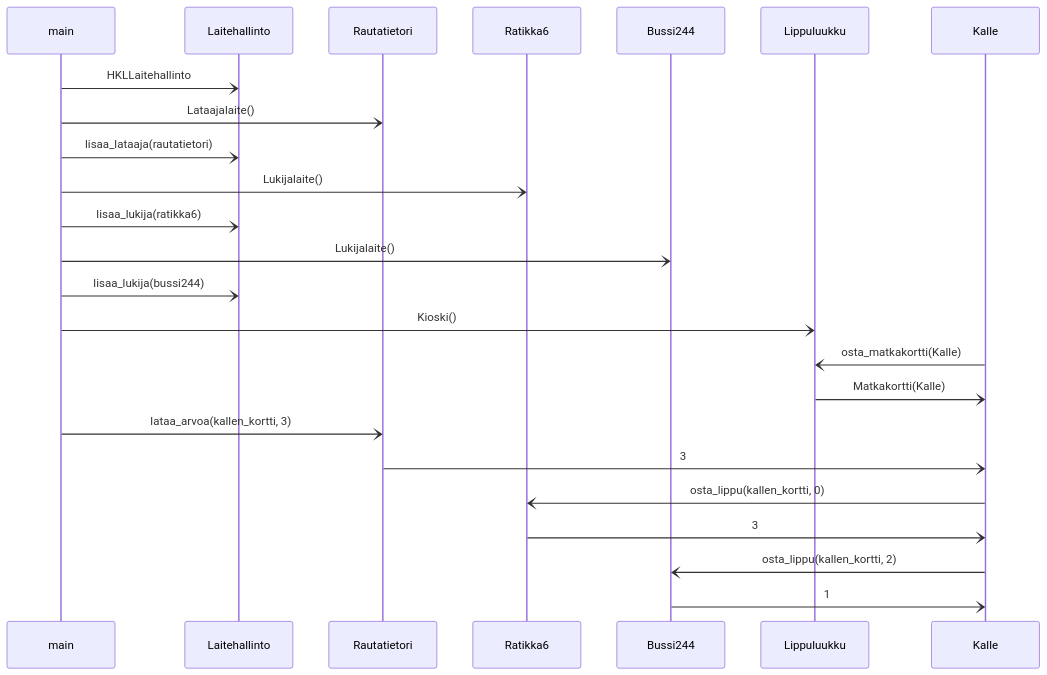
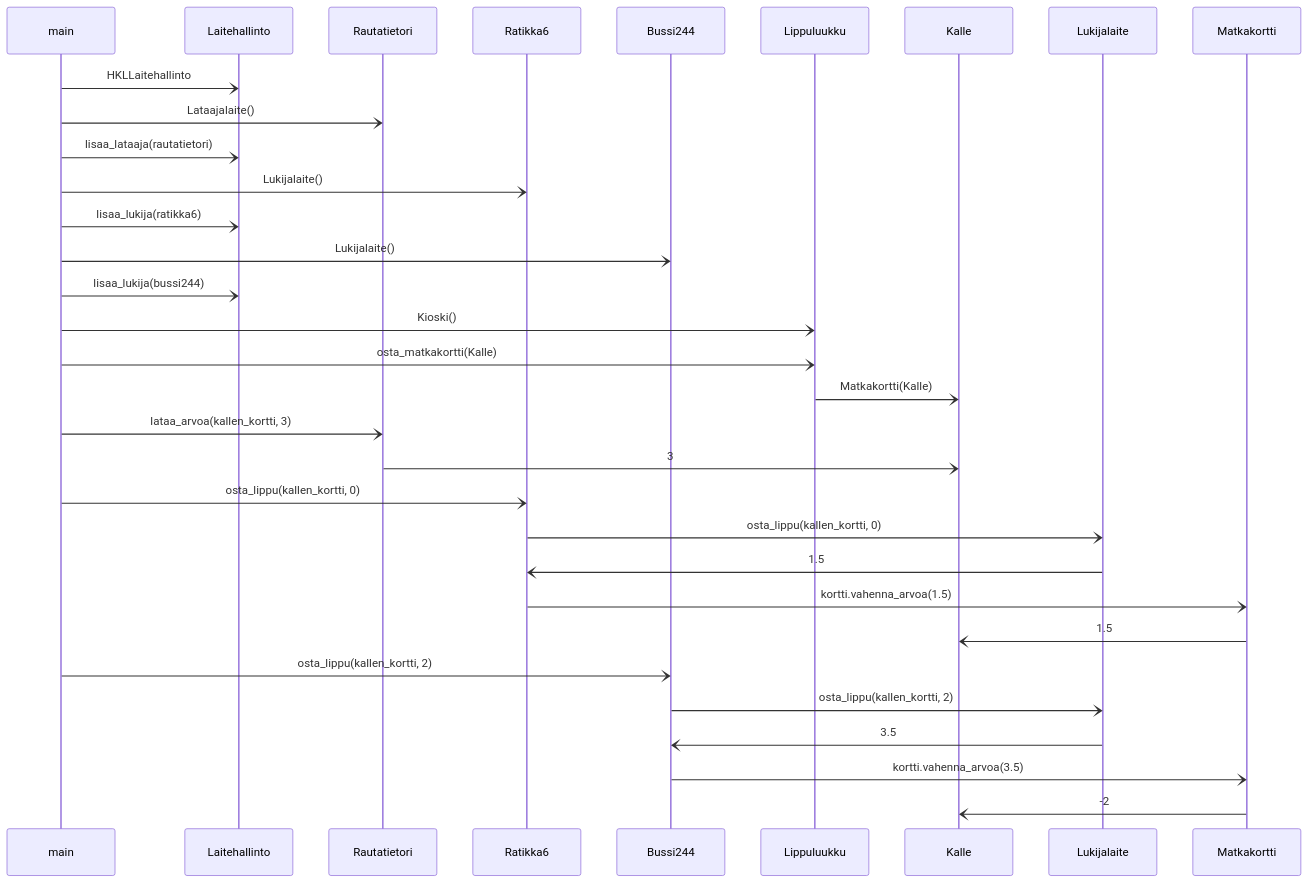
One commit to ellenra/jumping_game changed the diagram in laskarit/viikko3/hsl_kortti.md. Above: the diagram before and after it, drawn with Mermaid.

````diff
--- a/laskarit/viikko3/hsl_kortti.md
+++ b/laskarit/viikko3/hsl_kortti.md
@@ -1,21 +1,31 @@
 ```mermaid
 sequenceDiagram
   main-)Laitehallinto: HKLLaitehallinto
   main-)Rautatietori: Lataajalaite()
   main-)Laitehallinto: lisaa_lataaja(rautatietori)
   main-)Ratikka6: Lukijalaite()
   main-)Laitehallinto: lisaa_lukija(ratikka6)
   main-)Bussi244: Lukijalaite()
   main-)Laitehallinto: lisaa_lukija(bussi244)
   main-)Lippuluukku: Kioski()
-
-  Kalle-)Lippuluukku: osta_matkakortti(Kalle)
+  
+  main-)Lippuluukku: osta_matkakortti(Kalle)
   Lippuluukku-)Kalle: Matkakortti(Kalle)
   main-)Rautatietori: lataa_arvoa(kallen_kortti, 3)
   Rautatietori-)Kalle: 3
-  Kalle-)Ratikka6: osta_lippu(kallen_kortti, 0)
-  Ratikka6-)Kalle: 3
-  Kalle-)Bussi244: osta_lippu(kallen_kortti, 2)
-  Bussi244-)Kalle: 1
+  
+  main-)Ratikka6: osta_lippu(kallen_kortti, 0)
+  Ratikka6-)Lukijalaite: osta_lippu(kallen_kortti, 0)
+  Lukijalaite-)Ratikka6: 1.5
+  Ratikka6-)Matkakortti: kortti.vahenna_arvoa(1.5)
+  Matkakortti-)Kalle: 1.5
+  
+  main-)Bussi244: osta_lippu(kallen_kortti, 2)
+  Bussi244-)Lukijalaite: osta_lippu(kallen_kortti, 2)
+  Lukijalaite-)Bussi244: 3.5
+  Bussi244-)Matkakortti: kortti.vahenna_arvoa(3.5)
+  Matkakortti-)Kalle: -2
+  
+  
   
 ```
````
